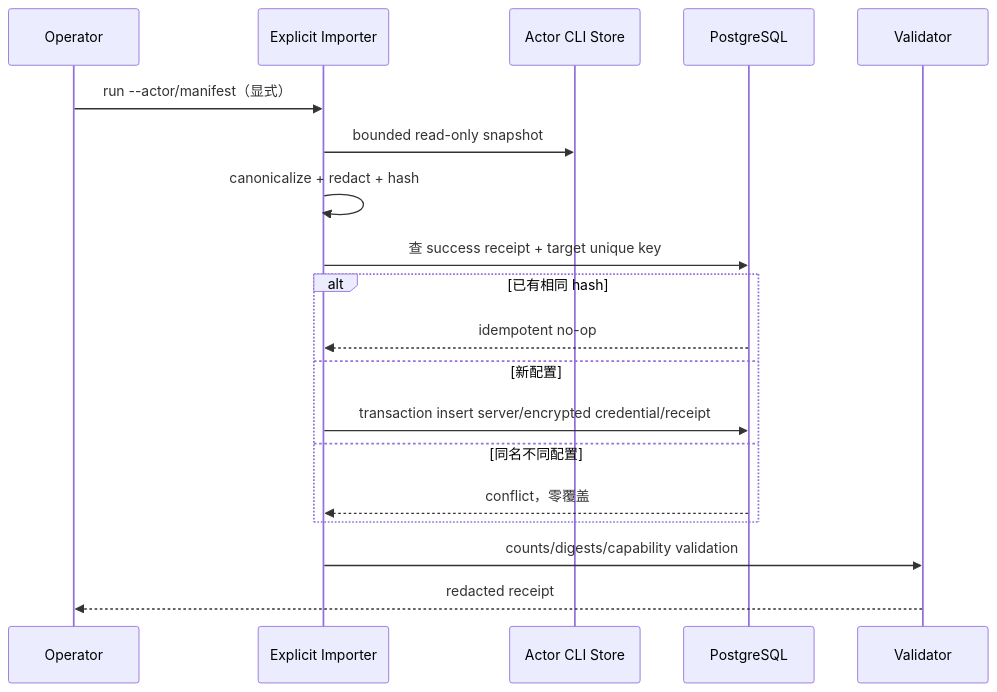
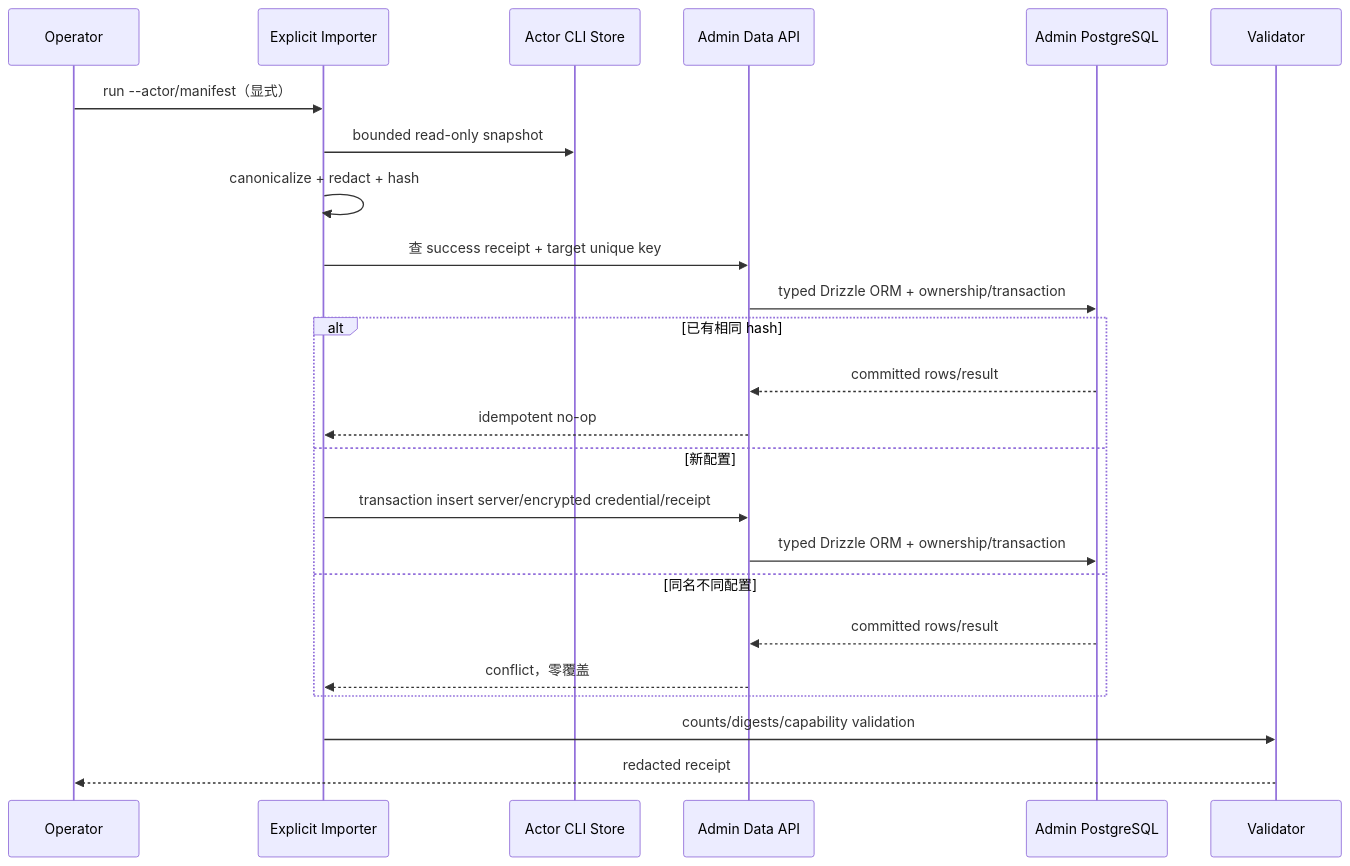
One commit to glide-the/im-dream changed diagram 11 of 12 in docs/design/claude-agent/dream-managed-mcp-resources.md. Above: the diagram before and after it, drawn with Mermaid. The commit also changed other lines of this file and 30 other files, not shown here.

````diff
--- a/docs/design/claude-agent/dream-managed-mcp-resources.md
+++ b/docs/design/claude-agent/dream-managed-mcp-resources.md
@@ -509,21 +562,26 @@
 ```mermaid
 sequenceDiagram
     participant O as Operator
     participant I as Explicit Importer
     participant F as Actor CLI Store
-    participant DB as PostgreSQL
+    participant Admin as Admin Data API
+    participant DB as Admin PostgreSQL
     participant V as Validator
     O->>I: run --actor/manifest（显式）
     I->>F: bounded read-only snapshot
     I->>I: canonicalize + redact + hash
-    I->>DB: 查 success receipt + target unique key
+    I->>Admin: 查 success receipt + target unique key
+    Admin->>DB: typed Drizzle ORM + ownership/transaction
     alt 已有相同 hash
-        DB-->>I: idempotent no-op
+        DB-->>Admin: committed rows/result
+        Admin-->>I: idempotent no-op
     else 新配置
-        I->>DB: transaction insert server/encrypted credential/receipt
+        I->>Admin: transaction insert server/encrypted credential/receipt
+        Admin->>DB: typed Drizzle ORM + ownership/transaction
     else 同名不同配置
-        DB-->>I: conflict，零覆盖
+        DB-->>Admin: committed rows/result
+        Admin-->>I: conflict，零覆盖
     end
     I->>V: counts/digests/capability validation
     V-->>O: redacted receipt
 ```
````
